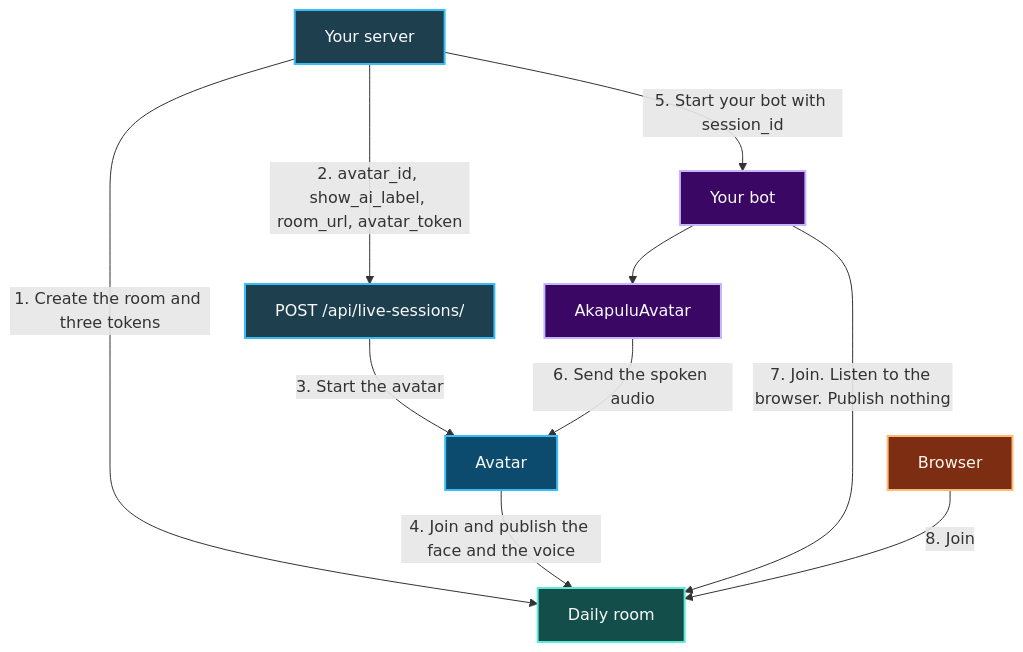
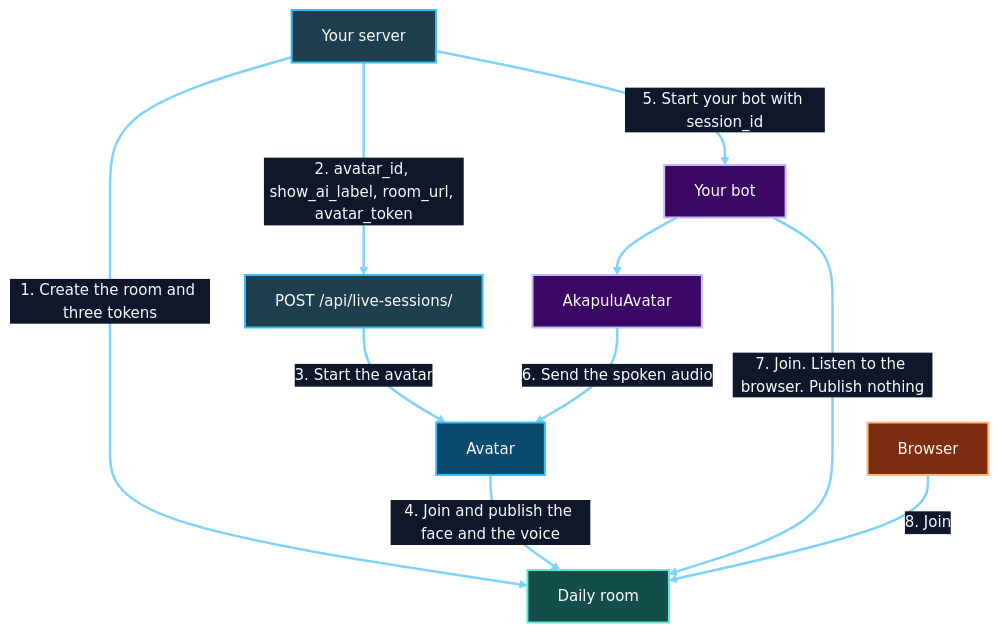
The diagram in guides/getting-started/how-akapulu-works.mdx (william-akapulu/docs), drawn with Mermaid before and after one commit.

Commit message:
Make the how-it-works arrows and step labels readable.
The default Mermaid chips were light gray and the strokes were thin gray, so both disappeared on the dark docs page.

````diff
--- a/guides/getting-started/how-akapulu-works.mdx
+++ b/guides/getting-started/how-akapulu-works.mdx
@@ -14,26 +14,27 @@
 ```mermaid
+%%{init: {"theme":"base","themeVariables":{"darkMode":true,"background":"transparent","fontFamily":"ui-sans-serif, system-ui, sans-serif","fontSize":"15px","textColor":"#F8FAFC","nodeTextColor":"#F8FAFC","primaryTextColor":"#F8FAFC","secondaryTextColor":"#F8FAFC","tertiaryTextColor":"#F8FAFC","titleColor":"#F8FAFC","lineColor":"#7DD3FC","arrowheadColor":"#7DD3FC","defaultLinkColor":"#7DD3FC","edgeLabelBackground":"#0F172A","mainBkg":"#1E3F4D","nodeBorder":"#38BDF8","clusterBkg":"transparent","strokeWidth":2.5},"themeCSS":".edgeLabel, .edgeLabel p, .edgeLabel span, .labelBkg { background: #0F172A !important; background-color: #0F172A !important; color: #F8FAFC !important; } .edgeLabel rect, .labelBkg { opacity: 1 !important; fill: #0F172A !important; } .edgePath .path, .flowchart-link { stroke: #7DD3FC !important; stroke-width: 2.5px !important; } .arrowheadPath, .arrowMarkerPath, .marker { fill: #7DD3FC !important; stroke: #7DD3FC !important; }"}}%%
 flowchart TD
   APP[Your server]:::server
   ROOM[Daily room]:::room
   API["POST /api/live-sessions/"]:::server
   AV[Avatar]:::avatar
   BOT[Your bot]:::bot
   PIECE[AkapuluAvatar]:::bot
   BROWSER[Browser]:::browser
 
   APP -->|1. Create the room and three tokens| ROOM
   APP -->|2. avatar_id, show_ai_label, room_url, avatar_token| API
   API -->|3. Start the avatar| AV
   AV -->|4. Join and publish the face and the voice| ROOM
   APP -->|5. Start your bot with session_id| BOT
   BOT --> PIECE
   PIECE -->|6. Send the spoken audio| AV
   BOT -->|7. Join. Listen to the browser. Publish nothing| ROOM
   BROWSER -->|8. Join| ROOM
 
   classDef server fill:#1E3F4D,stroke:#38BDF8,color:#F8FAFC,stroke-width:2px
   classDef room fill:#134E4A,stroke:#5EEAD4,color:#F8FAFC,stroke-width:2px
   classDef avatar fill:#0C4A6E,stroke:#38BDF8,color:#F8FAFC,stroke-width:2px
   classDef bot fill:#3B0764,stroke:#C4B5FD,color:#F8FAFC,stroke-width:2px
   classDef browser fill:#7C2D12,stroke:#FDBA74,color:#FFF7ED,stroke-width:2px
 ```
````
